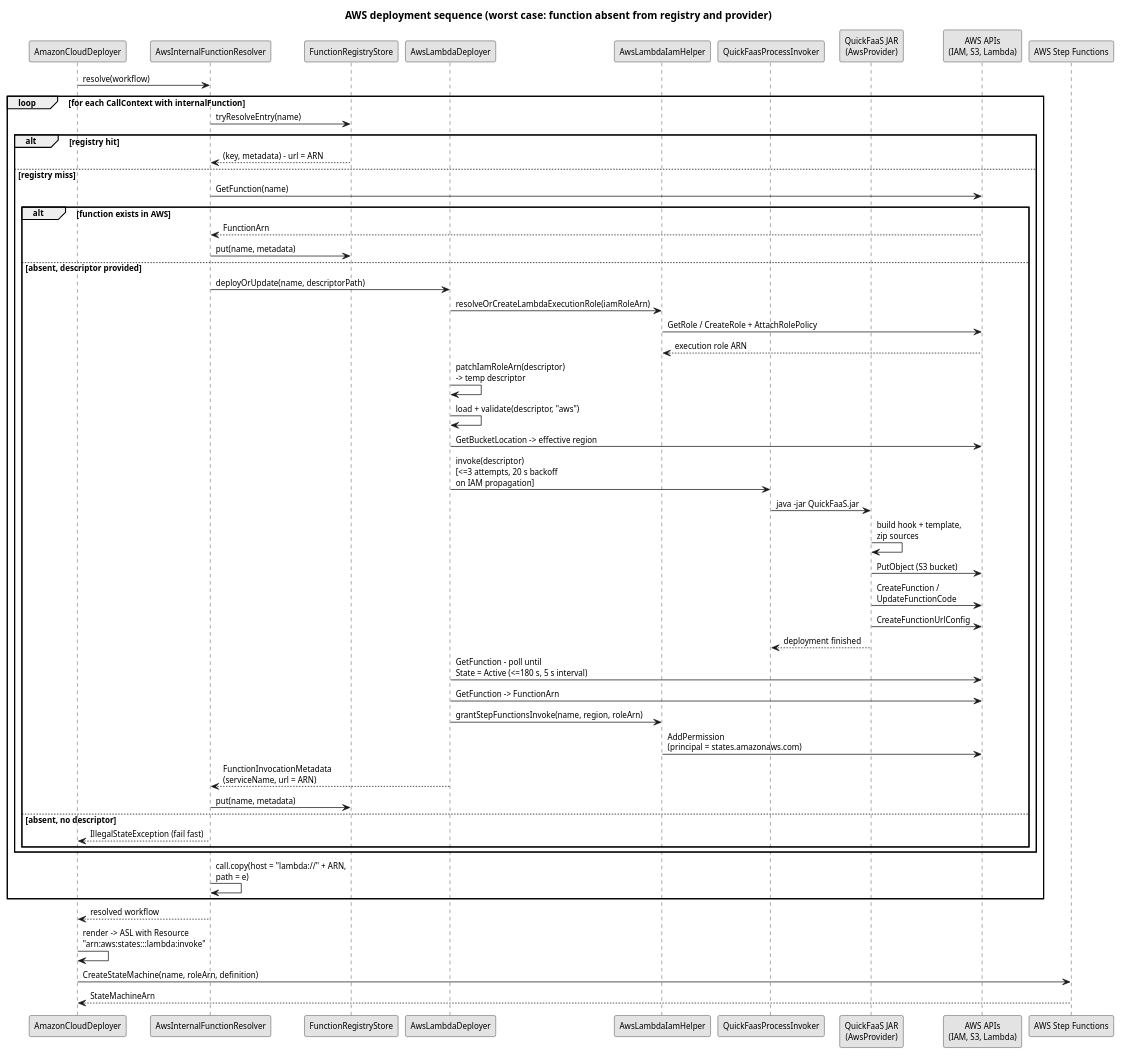
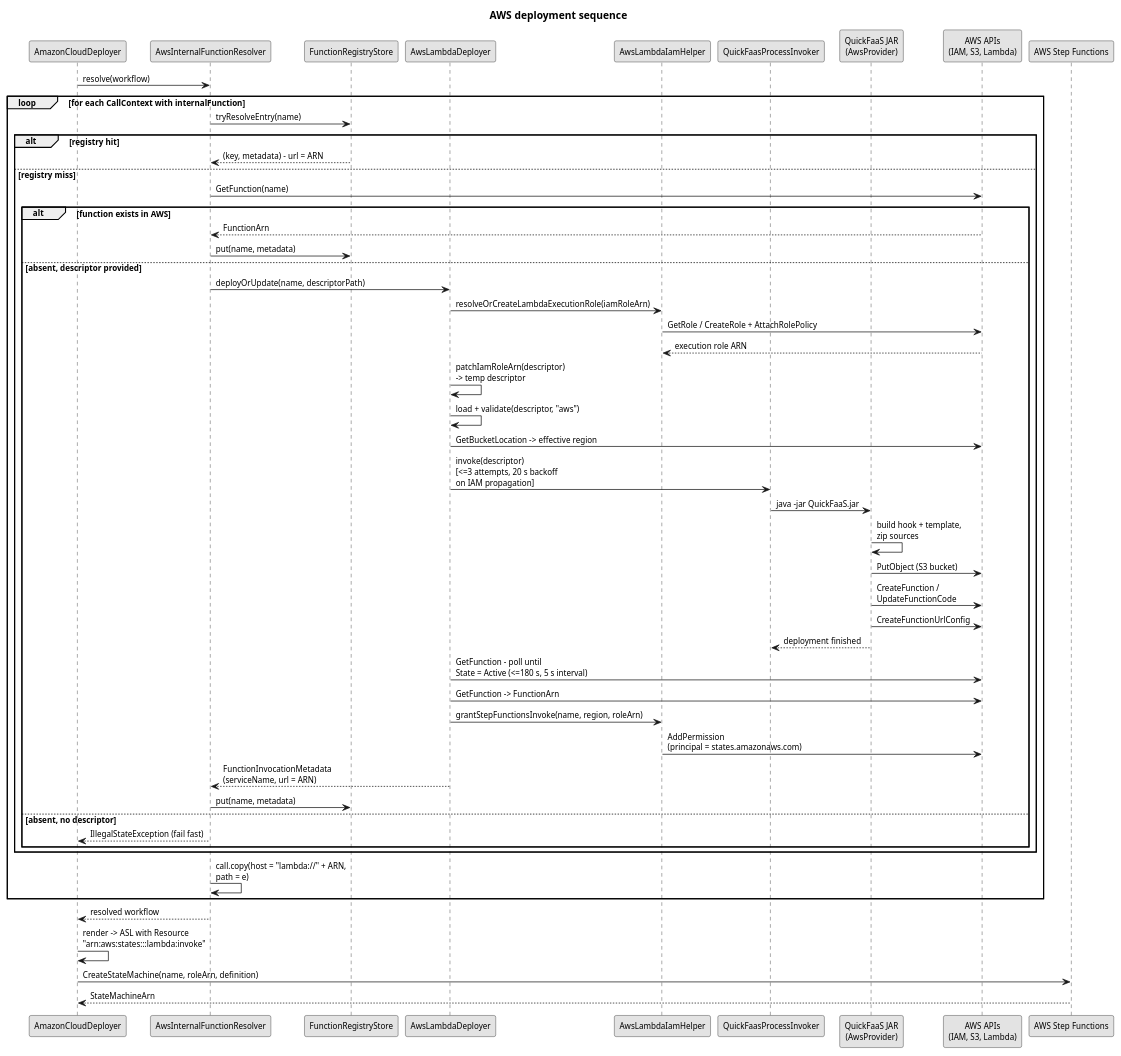
The diagram in diagrams/aws-deploy-sequence.puml (EngenheiroPedroCarvalho/ISEL-Thesis-2526), drawn with PlantUML before and after one commit.

Commit message:
Update title of AWS deployment sequence diagram
Removed worst case scenario description from title.

```diff
--- a/diagrams/aws-deploy-sequence.puml
+++ b/diagrams/aws-deploy-sequence.puml
@@ -1,58 +1,58 @@
 @startuml aws-deploy-sequence
 skinparam monochrome true
 skinparam shadowing false
 skinparam defaultFontSize 11
-title AWS deployment sequence (worst case: function absent from registry and provider)
+title AWS deployment sequence
 
 participant "AmazonCloudDeployer" as ACD
 participant "AwsInternalFunctionResolver" as R
 participant "FunctionRegistryStore" as REG
 participant "AwsLambdaDeployer" as ALD
 participant "AwsLambdaIamHelper" as IAM
 participant "QuickFaasProcessInvoker" as PI
 participant "QuickFaaS JAR\n(AwsProvider)" as QF
 participant "AWS APIs\n(IAM, S3, Lambda)" as AWS
 participant "AWS Step Functions" as SFN
 
 ACD -> R : resolve(workflow)
 loop for each CallContext with internalFunction
   R -> REG : tryResolveEntry(name)
   alt registry hit
     REG --> R : (key, metadata) - url = ARN
   else registry miss
     R -> AWS : GetFunction(name)
     alt function exists in AWS
       AWS --> R : FunctionArn
       R -> REG : put(name, metadata)
     else absent, descriptor provided
       R -> ALD : deployOrUpdate(name, descriptorPath)
       ALD -> IAM : resolveOrCreateLambdaExecutionRole(iamRoleArn)
       IAM -> AWS : GetRole / CreateRole + AttachRolePolicy
       AWS --> IAM : execution role ARN
       ALD -> ALD : patchIamRoleArn(descriptor)\n-> temp descriptor
       ALD -> ALD : load + validate(descriptor, "aws")
       ALD -> AWS : GetBucketLocation -> effective region
       ALD -> PI : invoke(descriptor)\n[<=3 attempts, 20 s backoff\non IAM propagation]
       PI -> QF : java -jar QuickFaaS.jar
       QF -> QF : build hook + template,\nzip sources
       QF -> AWS : PutObject (S3 bucket)
       QF -> AWS : CreateFunction /\nUpdateFunctionCode
       QF -> AWS : CreateFunctionUrlConfig
       QF --> PI : deployment finished
       ALD -> AWS : GetFunction - poll until\nState = Active (<=180 s, 5 s interval)
       ALD -> AWS : GetFunction -> FunctionArn
       ALD -> IAM : grantStepFunctionsInvoke(name, region, roleArn)
       IAM -> AWS : AddPermission\n(principal = states.amazonaws.com)
       ALD --> R : FunctionInvocationMetadata\n(serviceName, url = ARN)
       R -> REG : put(name, metadata)
     else absent, no descriptor
       R --> ACD : IllegalStateException (fail fast)
     end
   end
   R -> R : call.copy(host = "lambda://" + ARN,\npath = e)
 end
 R --> ACD : resolved workflow
 ACD -> ACD : render -> ASL with Resource\n"arn:aws:states:::lambda:invoke"
 ACD -> SFN : CreateStateMachine(name, roleArn, definition)
 SFN --> ACD : StateMachineArn
 @enduml
```
